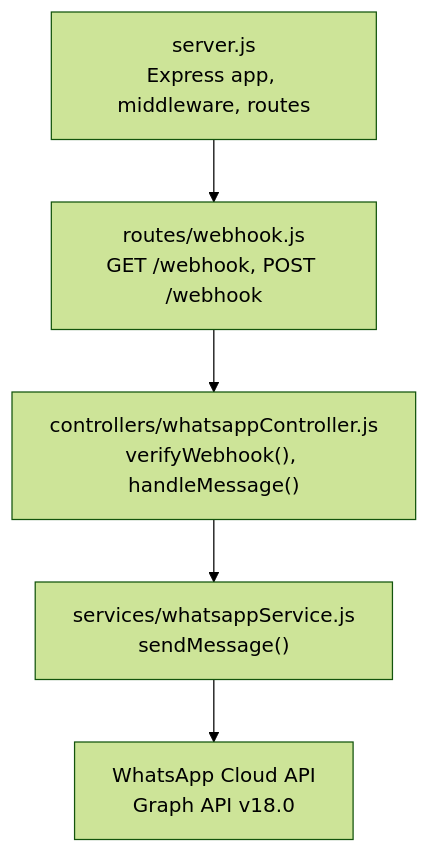
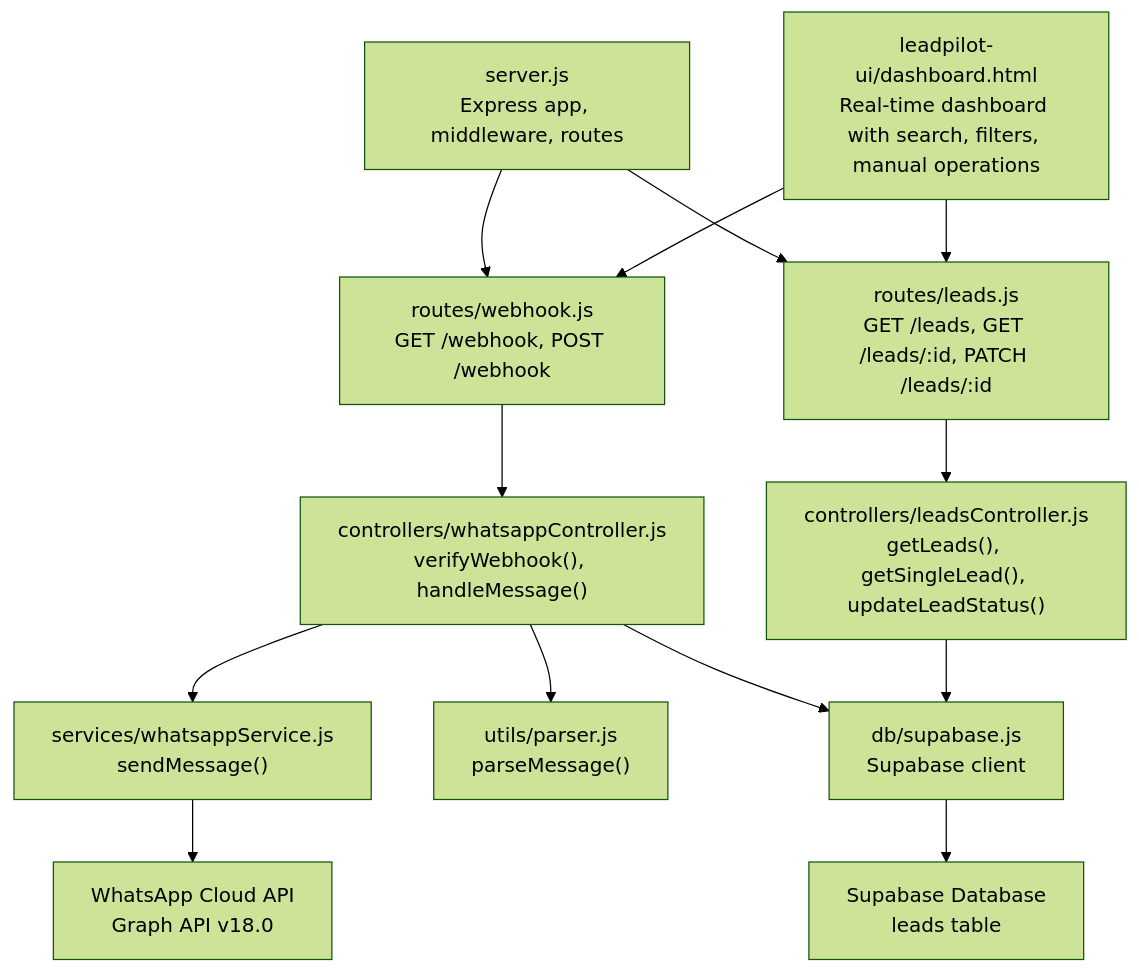
The first of 3 diagrams in .qoder/repowiki/en/content/API Reference.md (hariom-wdsadhunik/SaaS-Project), drawn with Mermaid (forest theme) before and after one commit. The commit also changed other lines of this file and 13 other files, not shown here.

First line of the commit message:
feat(api): integrate lead management and real-time dashboard UI

````diff
--- a/.qoder/repowiki/en/content/API Reference.md
+++ b/.qoder/repowiki/en/content/API Reference.md
@@ -35,7 +55,16 @@
 ```mermaid
 graph TB
-Server["server.js<br/>Express app, middleware, routes"] --> Routes["routes/webhook.js<br/>GET /webhook, POST /webhook"]
-Routes --> Controller["controllers/whatsappController.js<br/>verifyWebhook(), handleMessage()"]
-Controller --> Service["services/whatsappService.js<br/>sendMessage()"]
-Service --> WA["WhatsApp Cloud API<br/>Graph API v18.0"]
+Server["server.js<br/>Express app, middleware, routes"] --> RoutesWebhook["routes/webhook.js<br/>GET /webhook, POST /webhook"]
+Server --> RoutesLeads["routes/leads.js<br/>GET /leads, GET /leads/:id, PATCH /leads/:id"]
+RoutesWebhook --> ControllerWebhook["controllers/whatsappController.js<br/>verifyWebhook(), handleMessage()"]
+RoutesLeads --> ControllerLeads["controllers/leadsController.js<br/>getLeads(), getSingleLead(), updateLeadStatus()"]
+ControllerWebhook --> ServiceWhatsApp["services/whatsappService.js<br/>sendMessage()"]
+ControllerWebhook --> Parser["utils/parser.js<br/>parseMessage()"]
+ControllerWebhook --> Database["db/supabase.js<br/>Supabase client"]
+ControllerLeads --> Database
+ServiceWhatsApp --> WA["WhatsApp Cloud API<br/>Graph API v18.0"]
+Database --> SupabaseDB["Supabase Database<br/>leads table"]
+UI["leadpilot-ui/dashboard.html<br/>Real-time dashboard with search, filters, manual operations"]
+UI --> RoutesLeads
+UI --> RoutesWebhook
 ```
````
